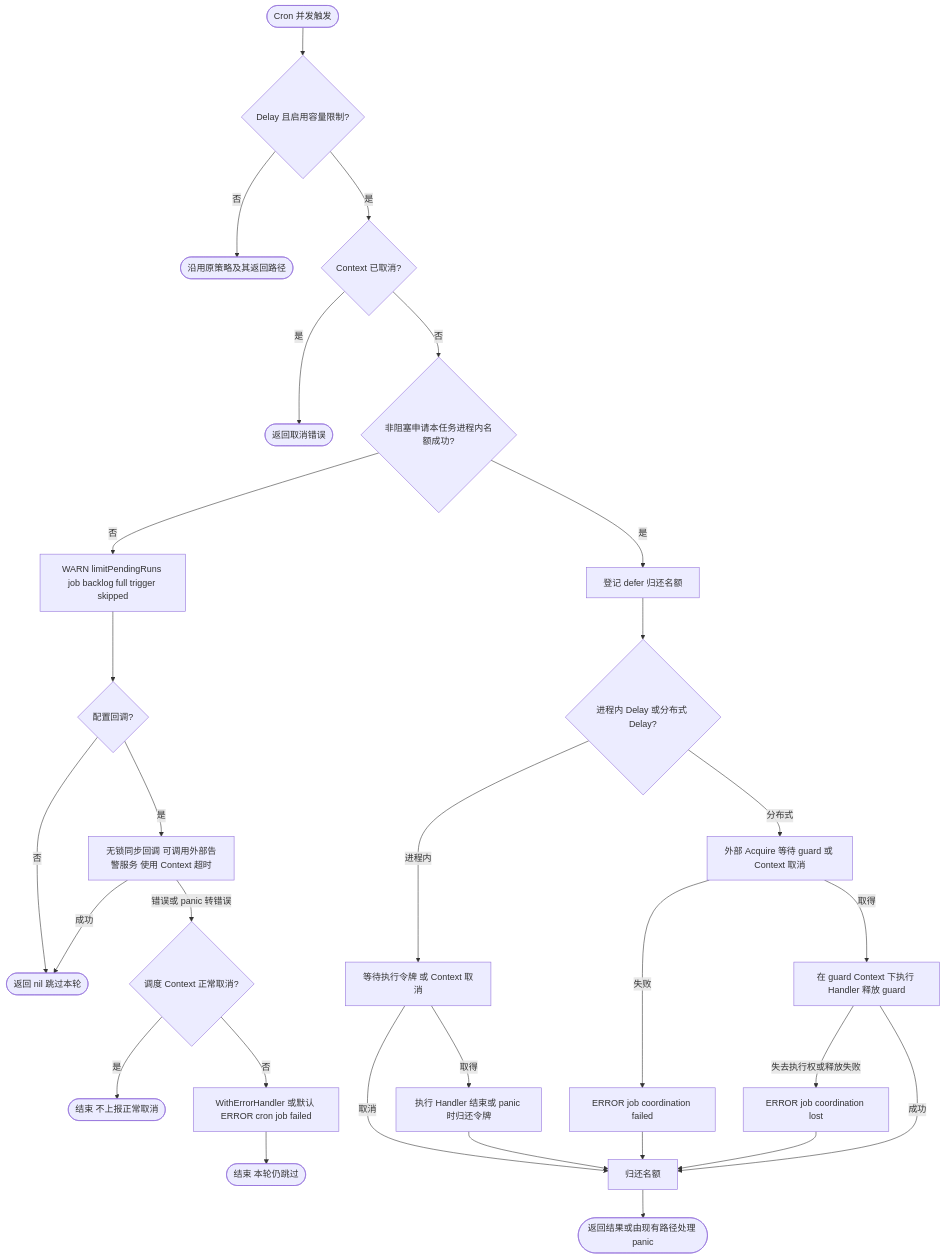
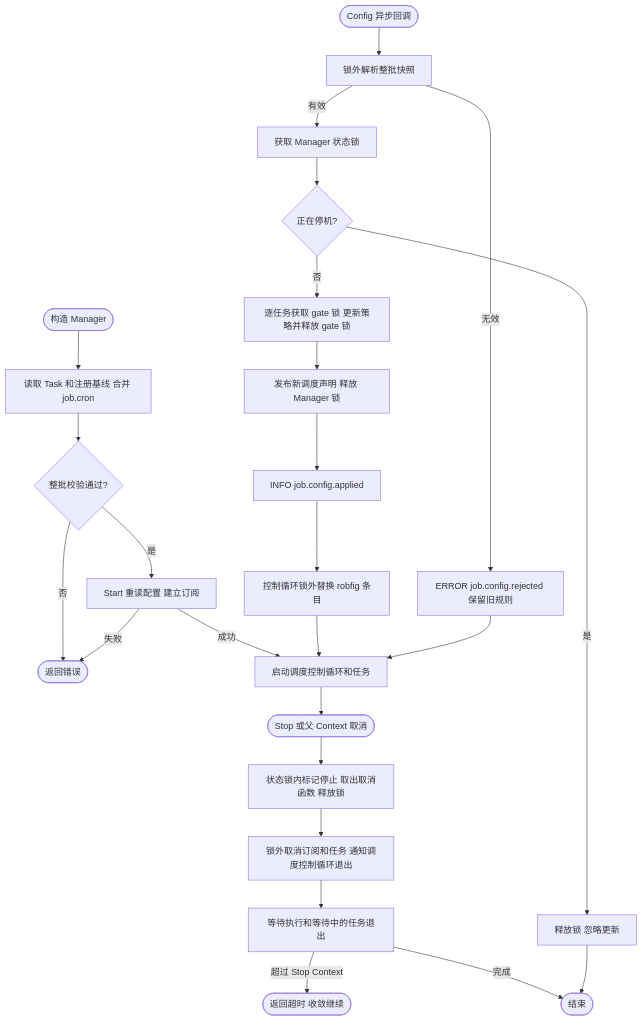
One commit to jaggerzhuang1994/kratos-foundation changed the first of 6 diagrams in pkg/job/README.md. Above: the diagram before and after it, drawn with Mermaid. The commit also changed other lines of this file and 53 other files, not shown here.

````diff
--- a/pkg/job/README.md
+++ b/pkg/job/README.md
@@ -42,31 +64,27 @@
 ```mermaid
 flowchart TD
-    A([Cron 并发触发]) --> B{Delay 且启用容量限制?}
-    B -- 否 --> S([沿用原策略及其返回路径])
-    B -- 是 --> D{Context 已取消?}
-    D -- 是 --> E([返回取消错误])
-    D -- 否 --> F{非阻塞申请本任务进程内名额成功?}
-    F -- 否 --> G[WARN limitPendingRuns job backlog full trigger skipped]
-    G --> U{配置回调?}
-    U -- 否 --> H([返回 nil 跳过本轮])
-    U -- 是 --> V[无锁同步回调 可调用外部告警服务 使用 Context 超时]
-    V -- 成功 --> H
-    V -- 错误或 panic 转错误 --> W{调度 Context 正常取消?}
-    W -- 是 --> X([结束 不上报正常取消])
-    W -- 否 --> Y[WithErrorHandler 或默认 ERROR cron job failed]
-    Y --> Z([结束 本轮仍跳过])
-    F -- 是 --> I[登记 defer 归还名额]
-    I --> J{进程内 Delay 或分布式 Delay?}
-    J -- 进程内 --> K[等待执行令牌 或 Context 取消]
-    J -- 分布式 --> L[外部 Acquire 等待 guard 或 Context 取消]
-    K -- 取消 --> M[归还名额]
-    L -- 失败 --> N[ERROR job coordination failed]
-    N --> M
-    K -- 取得 --> O[执行 Handler 结束或 panic 时归还令牌]
-    L -- 取得 --> P[在 guard Context 下执行 Handler 释放 guard]
-    P -- 失去执行权或释放失败 --> Q[ERROR job coordination lost]
-    Q --> M
-    O --> M
-    P -- 成功 --> M
-    M --> R([返回结果或由现有路径处理 panic])
+ A([构造 Manager]) --> B[读取 Task 和注册基线 合并 job.cron]
+ B --> C{整批校验通过?}
+ C -- 否 --> X([返回错误])
+ C -- 是 --> D[Start 重读配置 建立订阅]
+ D -- 失败 --> X
+ D -- 成功 --> E[启动调度控制循环和任务]
+ U([Config 异步回调]) --> V[锁外解析整批快照]
+ V -- 无效 --> W[ERROR job.config.rejected 保留旧规则]
+ V -- 有效 --> L[获取 Manager 状态锁]
+ L --> S{正在停机?}
+ S -- 是 --> Z[释放锁 忽略更新]
+ S -- 否 --> G[逐任务获取 gate 锁 更新策略并释放 gate 锁]
+ G --> H[发布新调度声明 释放 Manager 锁]
+ H --> I[INFO job.config.applied]
+ I --> J[控制循环锁外替换 robfig 条目]
+ J --> E
+ W --> E
+ E --> K([Stop 或父 Context 取消])
+ K --> M[状态锁内标记停止 取出取消函数 释放锁]
+ M --> N[锁外取消订阅和任务 通知调度控制循环退出]
+ N --> O[等待执行和等待中的任务退出]
+ O -- 超过 Stop Context --> P([返回超时 收敛继续])
+ O -- 完成 --> Q([结束])
+ Z --> Q
 ```
````
